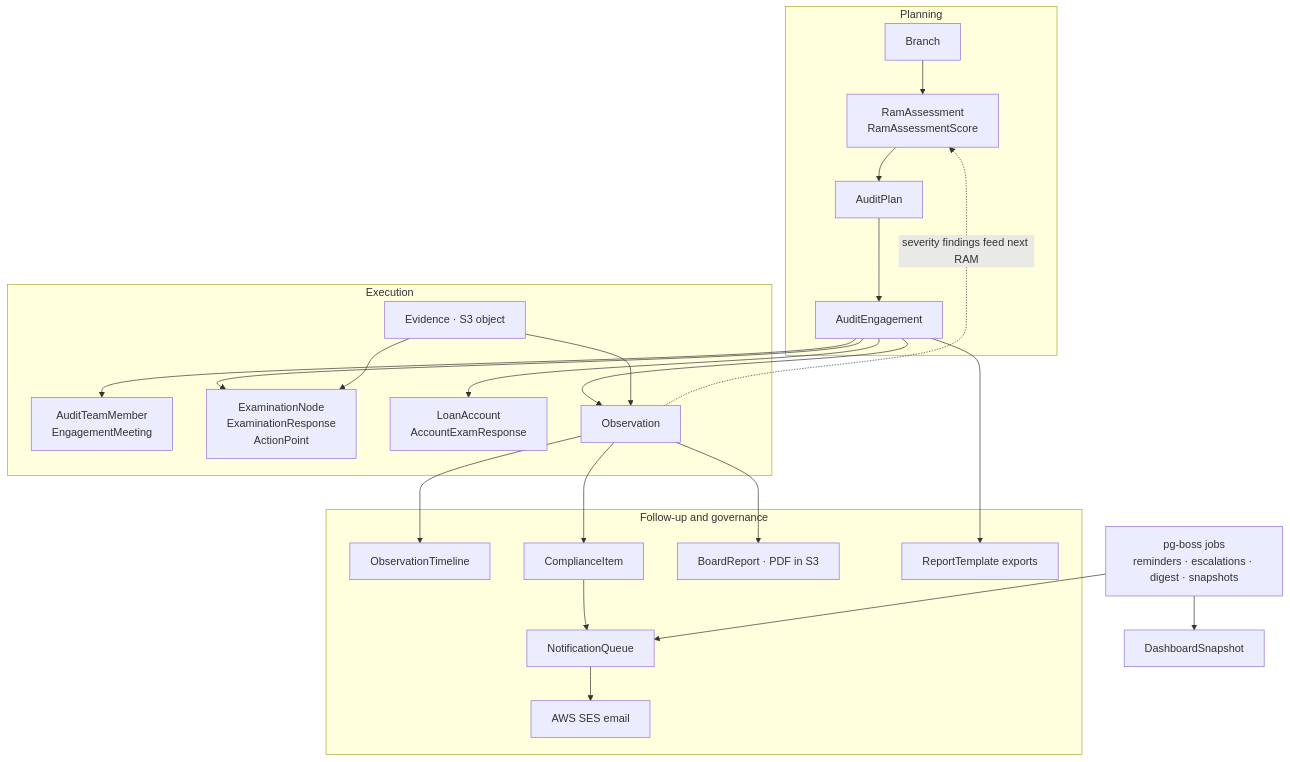
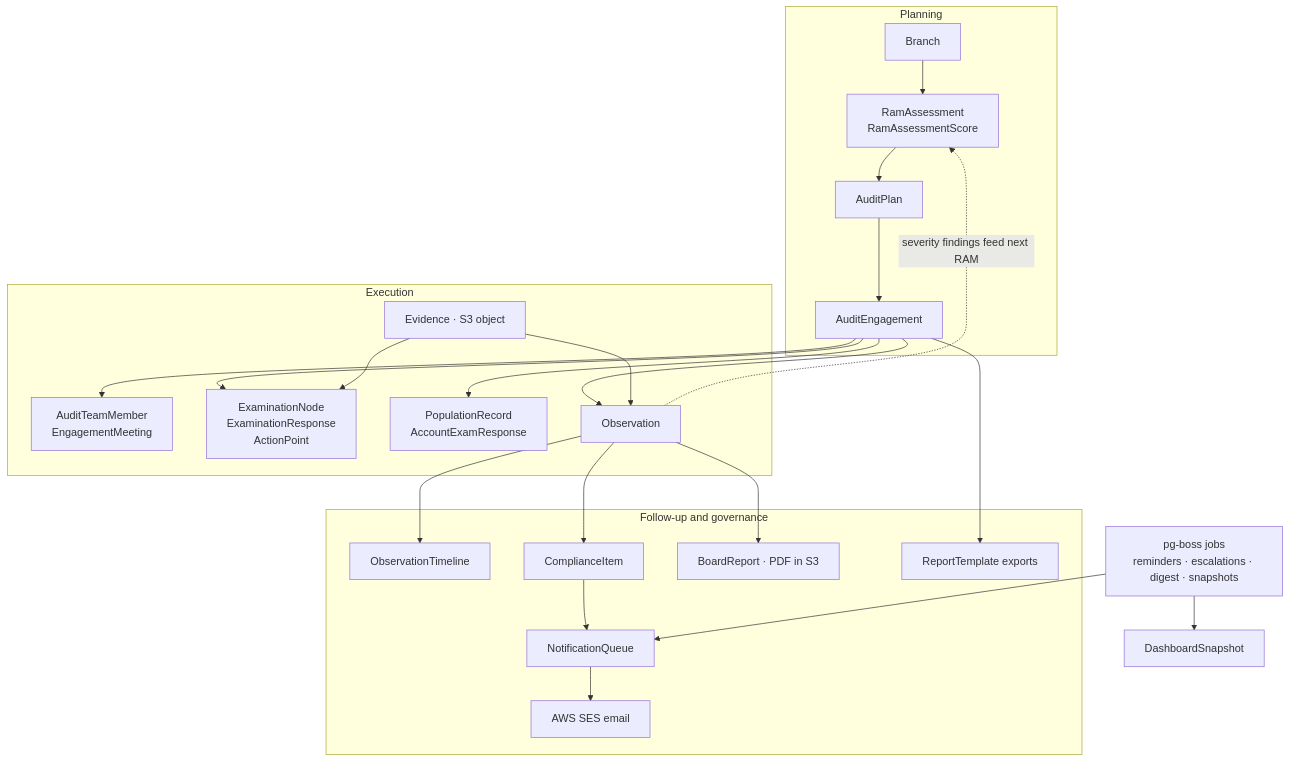
One commit to nc-sapiex/aegis-2 changed the second of 3 diagrams in docs/architecture.md. Above: the diagram before and after it, drawn with Mermaid. The commit also changed other lines of this file and 7 other files, not shown here.

First line of the commit message:
docs: sync architecture, freeze, and plan status with main (#180)

````diff
--- a/docs/architecture.md
+++ b/docs/architecture.md
@@ -87,30 +87,30 @@
 ```mermaid
 flowchart TD
   subgraph plan [Planning]
     Branch["Branch"] --> RAM["RamAssessment<br/>RamAssessmentScore"]
     RAM --> Plan["AuditPlan"]
     Plan --> Eng["AuditEngagement"]
   end
 
   subgraph exec [Execution]
     Eng --> Team["AuditTeamMember<br/>EngagementMeeting"]
     Eng --> RBIA["ExaminationNode<br/>ExaminationResponse<br/>ActionPoint"]
-    Eng --> Sample["LoanAccount<br/>AccountExamResponse"]
+    Eng --> Sample["PopulationRecord<br/>AccountExamResponse"]
     Eng --> Obs["Observation"]
     Evidence["Evidence · S3 object"] --> Obs
     Evidence --> RBIA
   end
 
   subgraph follow [Follow-up and governance]
     Obs --> Timeline["ObservationTimeline"]
     Obs --> Comp["ComplianceItem"]
     Comp --> Queue["NotificationQueue"]
     Queue --> SES["AWS SES email"]
     Obs --> Board["BoardReport · PDF in S3"]
     Eng --> Report["ReportTemplate exports"]
   end
 
   Obs -.severity findings feed next RAM.-> RAM
   Jobs["pg-boss jobs<br/>reminders · escalations · digest · snapshots"] --> Queue
   Jobs --> Snap["DashboardSnapshot"]
 ```
````
